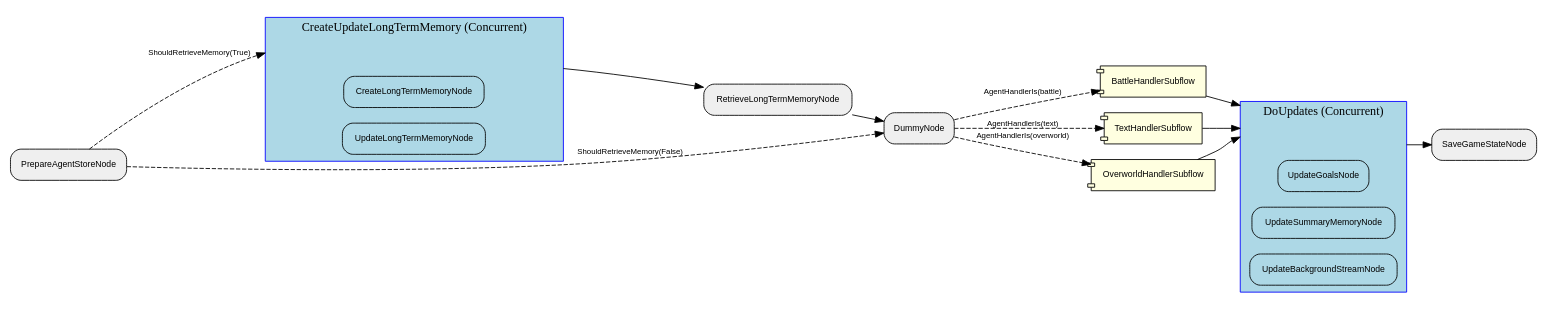
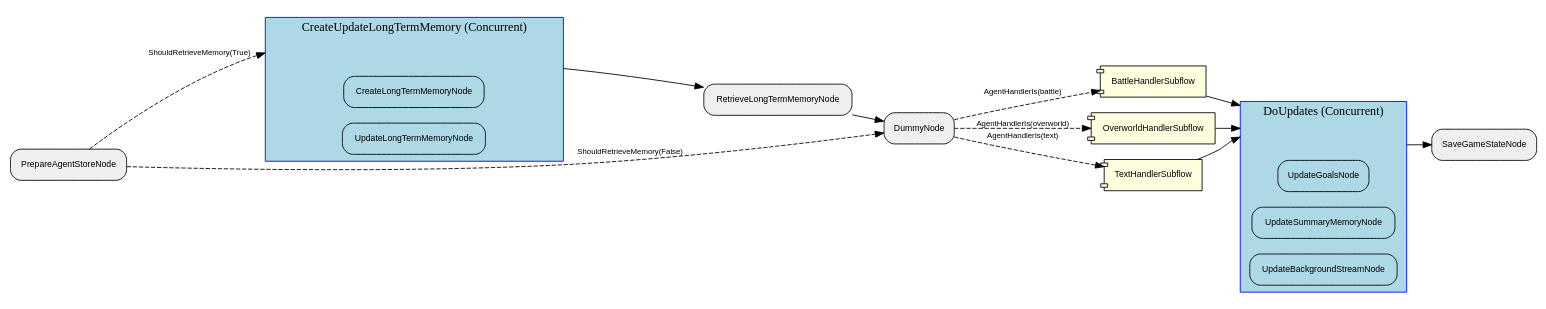
Before and after one commit to clambro/ai-plays-pokemon: the diagram in visualization/agent_graph/Graph.dot, drawn with Graphviz. The commit also changed 29 other files, not shown here.

```diff
--- a/visualization/agent_graph/Graph.dot
+++ b/visualization/agent_graph/Graph.dot
@@ -1,48 +1,48 @@
 digraph "G" {
   rankdir=LR;
   compound=true;
   node [shape=box, style="rounded,filled", fillcolor="#EFEFEF", fontname="Helvetica", fontsize=10];
   edge [fontname="Helvetica", fontsize=9];
-  subgraph "cluster_Z7NeyP7Uyn0Tvox7OC6Rs" {
+  subgraph "cluster_lSMrRI0aTqw35b1ESDo26" {
     label="CreateUpdateLongTermMemory (Concurrent)";
     style="filled"; fillcolor="lightblue"; color="blue";
     node [fillcolor="lightblue", style="filled,rounded"];
-    "Z7NeyP7Uyn0Tvox7OC6Rs__entry" [label="", shape=point, width=0.01, style=invis];
-    "Z7NeyP7Uyn0Tvox7OC6Rs__exit"  [label="", shape=point, width=0.01, style=invis];
-    BjiNpauqNN3micUZCiTtQ [label="CreateLongTermMemoryNode"];
-    QSrc1hhSG7JRHXWWxxdx2 [label="UpdateLongTermMemoryNode"];
+    "lSMrRI0aTqw35b1ESDo26__entry" [label="", shape=point, width=0.01, style=invis];
+    "lSMrRI0aTqw35b1ESDo26__exit"  [label="", shape=point, width=0.01, style=invis];
+    "4fcQYjjBFgLuOcStIRQJi" [label="CreateLongTermMemoryNode"];
+    rh3qiEFxoiyaFd1hmWhmw [label="UpdateLongTermMemoryNode"];
   }
-  subgraph "cluster_nTDHforyIwFTJlDDQ0PCR" {
+  subgraph "cluster_hGSyXelUWzNpVo8r5UCGy" {
     label="DoUpdates (Concurrent)";
     style="filled"; fillcolor="lightblue"; color="blue";
     node [fillcolor="lightblue", style="filled,rounded"];
-    "nTDHforyIwFTJlDDQ0PCR__entry" [label="", shape=point, width=0.01, style=invis];
-    "nTDHforyIwFTJlDDQ0PCR__exit"  [label="", shape=point, width=0.01, style=invis];
-    IgLIu2gJqUdLKDYzKVyv4 [label="UpdateGoalsNode"];
-    RACI4ivbevXRnIno1JRry [label="UpdateSummaryMemoryNode"];
-    grSZPnysRTvzAWV1Ijl8D [label="UpdateBackgroundStreamNode"];
+    "hGSyXelUWzNpVo8r5UCGy__entry" [label="", shape=point, width=0.01, style=invis];
+    "hGSyXelUWzNpVo8r5UCGy__exit"  [label="", shape=point, width=0.01, style=invis];
+    gBLZrmphQxCrqfhBOCEOn [label="UpdateGoalsNode"];
+    tr8VY3hQ0ikfKZVTHR2Gr [label="UpdateSummaryMemoryNode"];
+    aYsxUBms9t8IRxfUAl6ht [label="UpdateBackgroundStreamNode"];
   }
-  BjiNpauqNN3micUZCiTtQ [label="CreateLongTermMemoryNode"];
-  RACI4ivbevXRnIno1JRry [label="UpdateSummaryMemoryNode"];
-  P3LU5SO3Rf0XqvBLlNIIV [label="DummyNode"];
-  WhPkkJ4QhOcmFrzFsqBqM [label="BattleHandlerSubflow", shape=component, style="filled,rounded", fillcolor="lightyellow"];
-  xwO8N1qMpIrxLGNoyL5f2 [label="TextHandlerSubflow", shape=component, style="filled,rounded", fillcolor="lightyellow"];
-  IgLIu2gJqUdLKDYzKVyv4 [label="UpdateGoalsNode"];
-  LKEvNPOlhNB1wbMYFz6Nx [label="OverworldHandlerSubflow", shape=component, style="filled,rounded", fillcolor="lightyellow"];
-  QSrc1hhSG7JRHXWWxxdx2 [label="UpdateLongTermMemoryNode"];
-  z4lCy6uUSlr4B66POqDJP [label="PrepareAgentStoreNode"];
-  wbVYi3VQQUxdUKN2dMo5Q [label="SaveGameStateNode"];
-  LEu0fAVN9F1Ze4jAETjtk [label="RetrieveLongTermMemoryNode"];
-  grSZPnysRTvzAWV1Ijl8D [label="UpdateBackgroundStreamNode"];
-  z4lCy6uUSlr4B66POqDJP -> Z7NeyP7Uyn0Tvox7OC6Rs__entry [lhead="cluster_Z7NeyP7Uyn0Tvox7OC6Rs", style="dashed", label="ShouldRetrieveMemory(True)"];
-  Z7NeyP7Uyn0Tvox7OC6Rs__exit -> LEu0fAVN9F1Ze4jAETjtk [ltail="cluster_Z7NeyP7Uyn0Tvox7OC6Rs", style="solid"];
-  z4lCy6uUSlr4B66POqDJP -> P3LU5SO3Rf0XqvBLlNIIV [style="dashed", label="ShouldRetrieveMemory(False)"];
-  LEu0fAVN9F1Ze4jAETjtk -> P3LU5SO3Rf0XqvBLlNIIV [style="solid"];
-  P3LU5SO3Rf0XqvBLlNIIV -> LKEvNPOlhNB1wbMYFz6Nx [style="dashed", label="AgentHandlerIs(overworld)"];
-  P3LU5SO3Rf0XqvBLlNIIV -> WhPkkJ4QhOcmFrzFsqBqM [style="dashed", label="AgentHandlerIs(battle)"];
-  P3LU5SO3Rf0XqvBLlNIIV -> xwO8N1qMpIrxLGNoyL5f2 [style="dashed", label="AgentHandlerIs(text)"];
-  xwO8N1qMpIrxLGNoyL5f2 -> nTDHforyIwFTJlDDQ0PCR__entry [lhead="cluster_nTDHforyIwFTJlDDQ0PCR", style="solid"];
-  WhPkkJ4QhOcmFrzFsqBqM -> nTDHforyIwFTJlDDQ0PCR__entry [lhead="cluster_nTDHforyIwFTJlDDQ0PCR", style="solid"];
-  LKEvNPOlhNB1wbMYFz6Nx -> nTDHforyIwFTJlDDQ0PCR__entry [lhead="cluster_nTDHforyIwFTJlDDQ0PCR", style="solid"];
-  nTDHforyIwFTJlDDQ0PCR__exit -> wbVYi3VQQUxdUKN2dMo5Q [ltail="cluster_nTDHforyIwFTJlDDQ0PCR", style="solid"];
+  pV5IhbOHNnKnbTWQ7TyfB [label="DummyNode"];
+  bgcx8t9WlnR30iGpjuKzP [label="BattleHandlerSubflow", shape=component, style="filled,rounded", fillcolor="lightyellow"];
+  gBLZrmphQxCrqfhBOCEOn [label="UpdateGoalsNode"];
+  aYsxUBms9t8IRxfUAl6ht [label="UpdateBackgroundStreamNode"];
+  tr8VY3hQ0ikfKZVTHR2Gr [label="UpdateSummaryMemoryNode"];
+  rh3qiEFxoiyaFd1hmWhmw [label="UpdateLongTermMemoryNode"];
+  DmIelVdepWjFgfe9NkQs7 [label="OverworldHandlerSubflow", shape=component, style="filled,rounded", fillcolor="lightyellow"];
+  Lp69oKEnoeQJCYgGDtT3H [label="SaveGameStateNode"];
+  "4fcQYjjBFgLuOcStIRQJi" [label="CreateLongTermMemoryNode"];
+  "4SEY5zpaDNdypCujcSJwD" [label="TextHandlerSubflow", shape=component, style="filled,rounded", fillcolor="lightyellow"];
+  z0XqkpqF7ho5may5EkDNF [label="RetrieveLongTermMemoryNode"];
+  "02pABb5hxICR1dBcMsI8Q" [label="PrepareAgentStoreNode"];
+  "02pABb5hxICR1dBcMsI8Q" -> lSMrRI0aTqw35b1ESDo26__entry [lhead="cluster_lSMrRI0aTqw35b1ESDo26", style="dashed", label="ShouldRetrieveMemory(True)"];
+  lSMrRI0aTqw35b1ESDo26__exit -> z0XqkpqF7ho5may5EkDNF [ltail="cluster_lSMrRI0aTqw35b1ESDo26", style="solid"];
+  "02pABb5hxICR1dBcMsI8Q" -> pV5IhbOHNnKnbTWQ7TyfB [style="dashed", label="ShouldRetrieveMemory(False)"];
+  z0XqkpqF7ho5may5EkDNF -> pV5IhbOHNnKnbTWQ7TyfB [style="solid"];
+  pV5IhbOHNnKnbTWQ7TyfB -> DmIelVdepWjFgfe9NkQs7 [style="dashed", label="AgentHandlerIs(overworld)"];
+  pV5IhbOHNnKnbTWQ7TyfB -> bgcx8t9WlnR30iGpjuKzP [style="dashed", label="AgentHandlerIs(battle)"];
+  pV5IhbOHNnKnbTWQ7TyfB -> "4SEY5zpaDNdypCujcSJwD" [style="dashed", label="AgentHandlerIs(text)"];
+  "4SEY5zpaDNdypCujcSJwD" -> hGSyXelUWzNpVo8r5UCGy__entry [lhead="cluster_hGSyXelUWzNpVo8r5UCGy", style="solid"];
+  bgcx8t9WlnR30iGpjuKzP -> hGSyXelUWzNpVo8r5UCGy__entry [lhead="cluster_hGSyXelUWzNpVo8r5UCGy", style="solid"];
+  DmIelVdepWjFgfe9NkQs7 -> hGSyXelUWzNpVo8r5UCGy__entry [lhead="cluster_hGSyXelUWzNpVo8r5UCGy", style="solid"];
+  hGSyXelUWzNpVo8r5UCGy__exit -> Lp69oKEnoeQJCYgGDtT3H [ltail="cluster_hGSyXelUWzNpVo8r5UCGy", style="solid"];
 }
```
